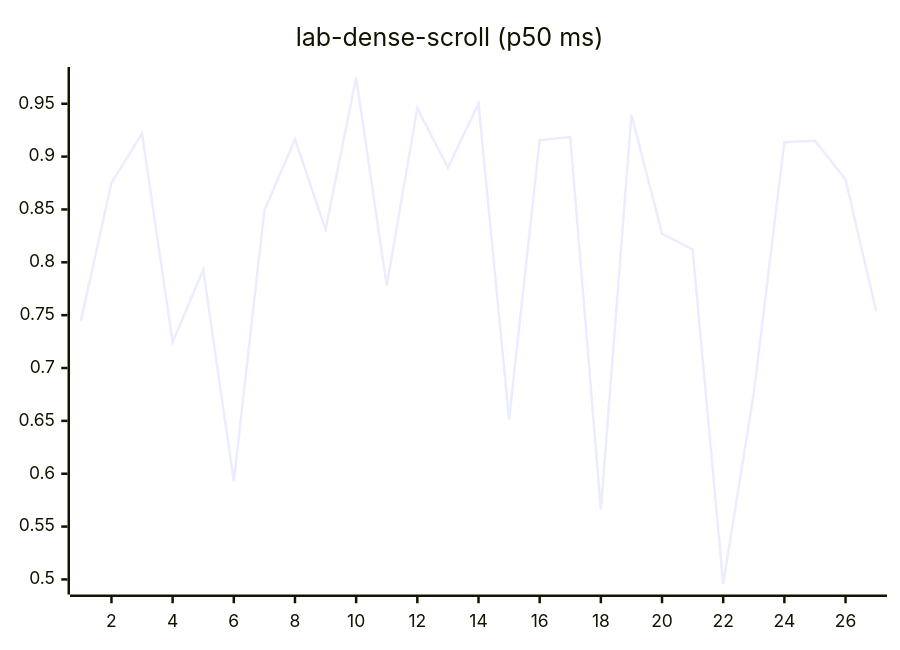
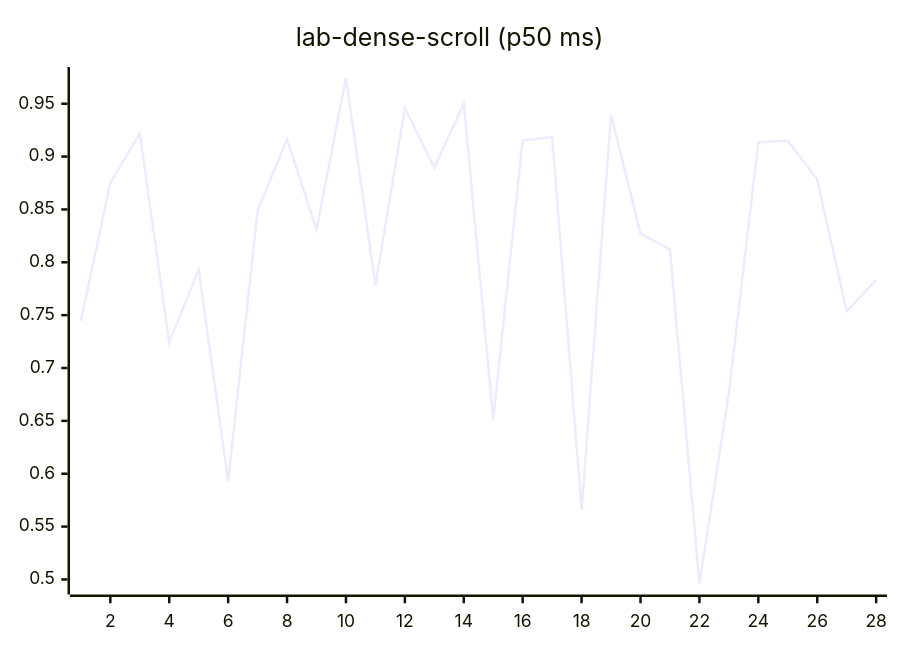
Before and after one commit to josha/Facet: diagram 12 of 27 in README.md, drawn with Mermaid. The commit also changed other lines of this file and 2 other files, not shown here.

````diff
--- a/README.md
+++ b/README.md
@@ -140,6 +140,6 @@
 ```mermaid
 xychart-beta
     title "lab-dense-scroll (p50 ms)"
-    x-axis 1 --> 27
-    line [0.7446, 0.8751, 0.9218, 0.7244, 0.7929, 0.5928, 0.8489, 0.9164, 0.8310, 0.9747, 0.7780, 0.9459, 0.8894, 0.9501, 0.6514, 0.9155, 0.9185, 0.5661, 0.9396, 0.8271, 0.8121, 0.4958, 0.6764, 0.9135, 0.9149, 0.8783, 0.7537]
+    x-axis 1 --> 28
+    line [0.7446, 0.8751, 0.9218, 0.7244, 0.7929, 0.5928, 0.8489, 0.9164, 0.8310, 0.9747, 0.7780, 0.9459, 0.8894, 0.9501, 0.6514, 0.9155, 0.9185, 0.5661, 0.9396, 0.8271, 0.8121, 0.4958, 0.6764, 0.9135, 0.9149, 0.8783, 0.7537, 0.7833]
 ```
````
